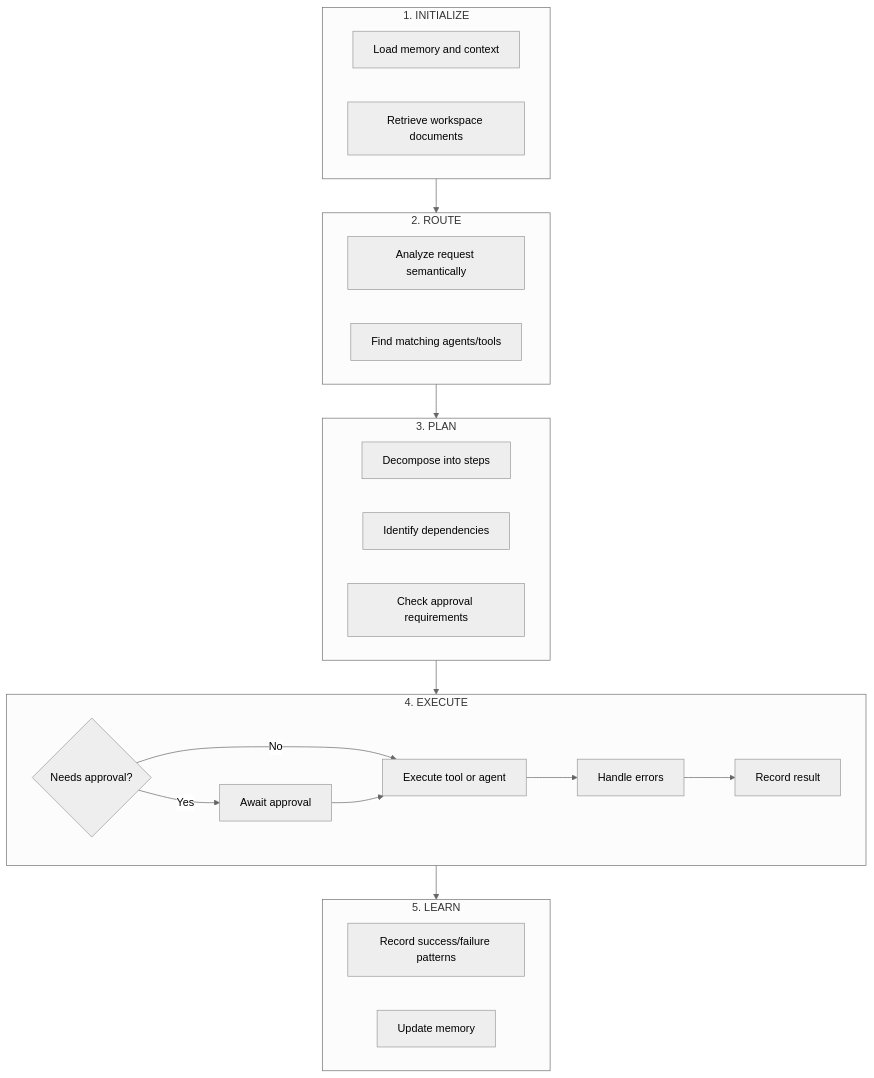
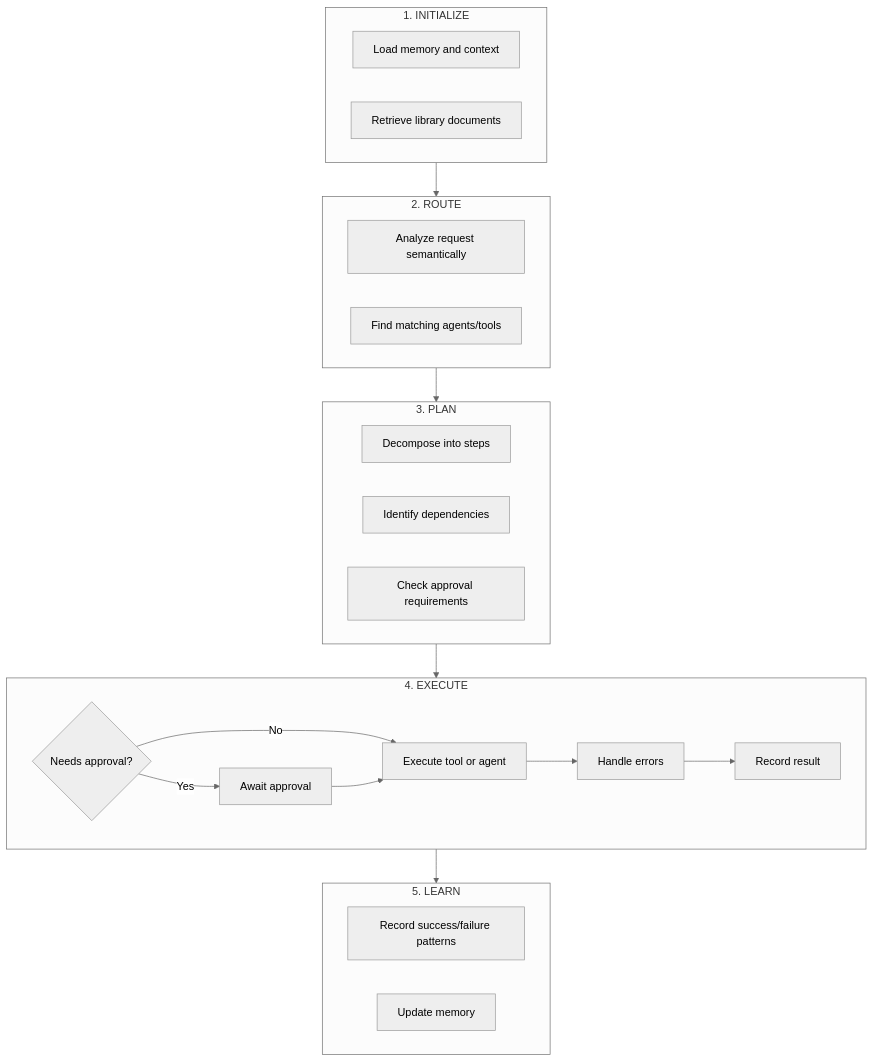
One commit to Fabric-Pro/fabric-oss changed the fourth of 7 diagrams in apps/web/content/docs/core-concepts/workflows.mdx. Above: the diagram before and after it, drawn with Mermaid (neutral theme). The commit also changed other lines of this file and 1129 other files, not shown here.

````diff
--- a/apps/web/content/docs/core-concepts/workflows.mdx
+++ b/apps/web/content/docs/core-concepts/workflows.mdx
@@ -120,38 +120,38 @@
 ```mermaid
 flowchart TB
     subgraph INIT["1. INITIALIZE"]
         I1[Load memory and context]
-        I2[Retrieve workspace documents]
+        I2[Retrieve library documents]
     end
 
     subgraph ROUTE["2. ROUTE"]
         R1[Analyze request semantically]
         R2[Find matching agents/tools]
     end
 
     subgraph PLAN["3. PLAN"]
         P1[Decompose into steps]
         P2[Identify dependencies]
         P3[Check approval requirements]
     end
 
     subgraph EXECUTE["4. EXECUTE"]
         E1{Needs approval?}
         E2[Await approval]
         E3[Execute tool or agent]
         E4[Handle errors]
         E5[Record result]
         E1 -->|Yes| E2
         E1 -->|No| E3
         E2 --> E3
         E3 --> E4
         E4 --> E5
     end
 
     subgraph LEARN["5. LEARN"]
         L1[Record success/failure patterns]
         L2[Update memory]
     end
 
     INIT --> ROUTE --> PLAN --> EXECUTE --> LEARN
 ```
````
